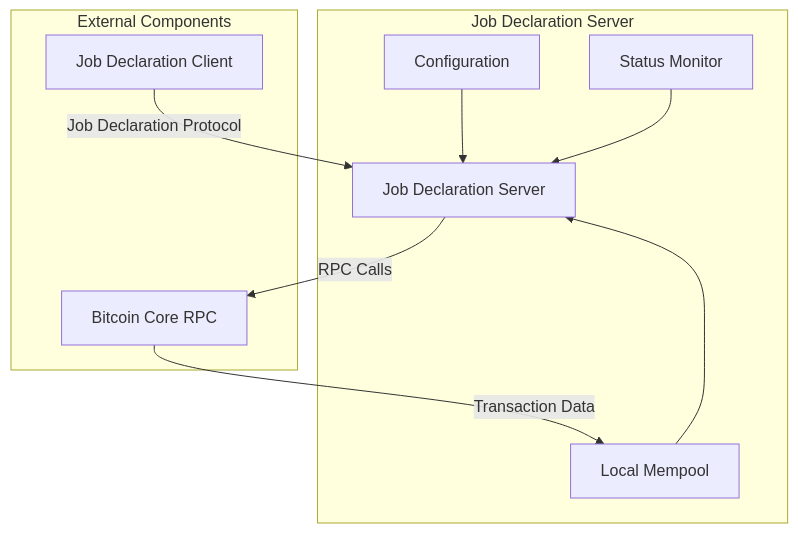
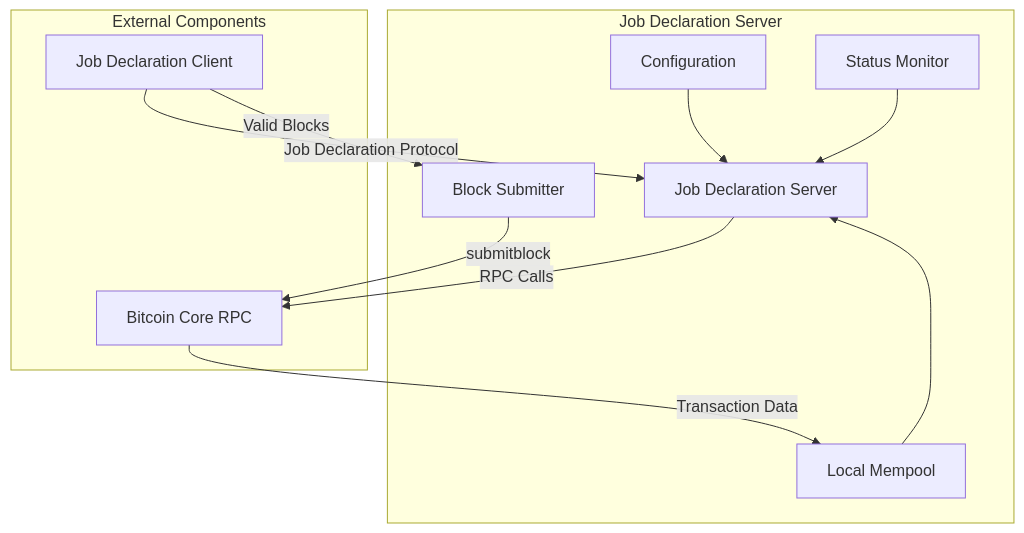
The first of 3 diagrams in roles/jd-server/README.md (panda-coder/stratum), drawn with Mermaid before and after one commit. The commit also changed other lines of this file and 1 other file, not shown here.

Commit message:
doc: add missing submitblock

````diff
--- a/roles/jd-server/README.md
+++ b/roles/jd-server/README.md
@@ -11,21 +11,24 @@
 ```mermaid
 graph TB
     subgraph "Job Declaration Server"
         JDS[Job Declaration Server]
         Mempool[Local Mempool]
+        BlockSubmitter[Block Submitter]
         Config[Configuration]
         Status[Status Monitor]
     end
     
     subgraph "External Components"
         JDC[Job Declaration Client]
         BitcoinCore[Bitcoin Core RPC]
     end
     
     JDC -->|Job Declaration Protocol| JDS
+    JDC -->|Valid Blocks| BlockSubmitter
     JDS -->|RPC Calls| BitcoinCore
+    BlockSubmitter -->|submitblock| BitcoinCore
     BitcoinCore -->|Transaction Data| Mempool
     Mempool --> JDS
     Config --> JDS
     Status --> JDS
 ```
````
